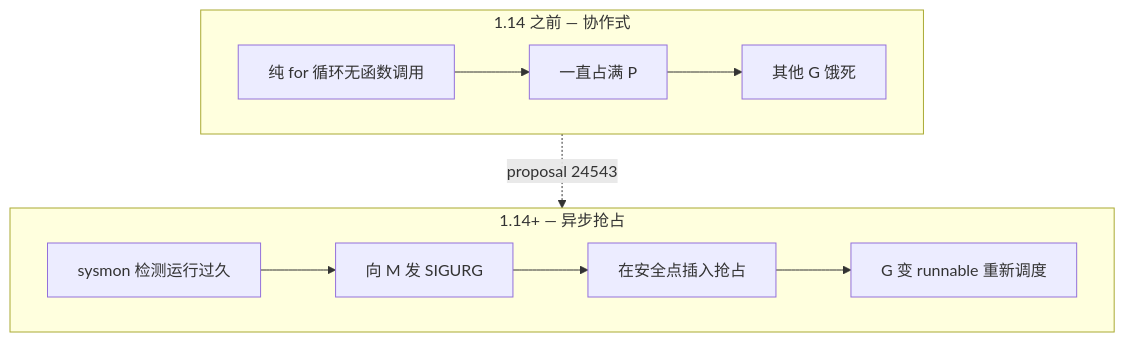
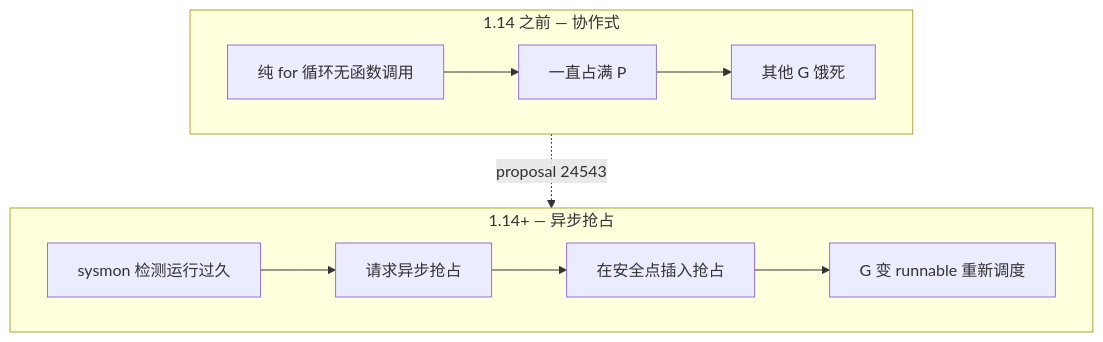
Before and after one commit to twodog-tt/Golang-development-manual: the sixth of 8 diagrams in docs/interview/01-runtime-concurrency/S-CONC-01-gmp-overview.md, drawn with Mermaid. The commit also changed other lines of this file and 438 other files, not shown here.

````diff
--- a/docs/interview/01-runtime-concurrency/S-CONC-01-gmp-overview.md
+++ b/docs/interview/01-runtime-concurrency/S-CONC-01-gmp-overview.md
@@ -204,15 +202,15 @@
 ```mermaid
 flowchart TB
   subgraph Before[1.14 之前 — 协作式]
     B1[纯 for 循环无函数调用]
     B1 --> B2[一直占满 P]
     B2 --> B3[其他 G 饿死]
   end
   subgraph After[1.14+ — 异步抢占]
     A1[sysmon 检测运行过久]
-    A1 --> A2[向 M 发 SIGURG]
+    A1 --> A2[请求异步抢占]
     A2 --> A3[在安全点插入抢占]
     A3 --> A4[G 变 runnable 重新调度]
   end
   Before -.->|proposal 24543| After
 ```
````
